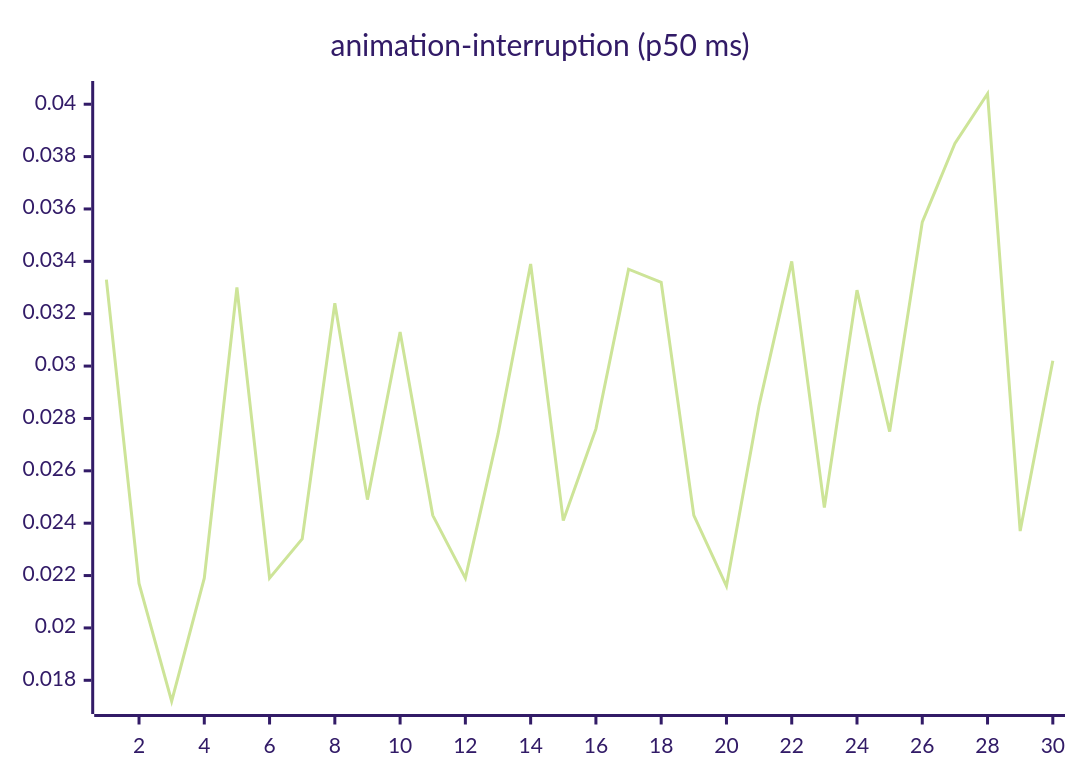
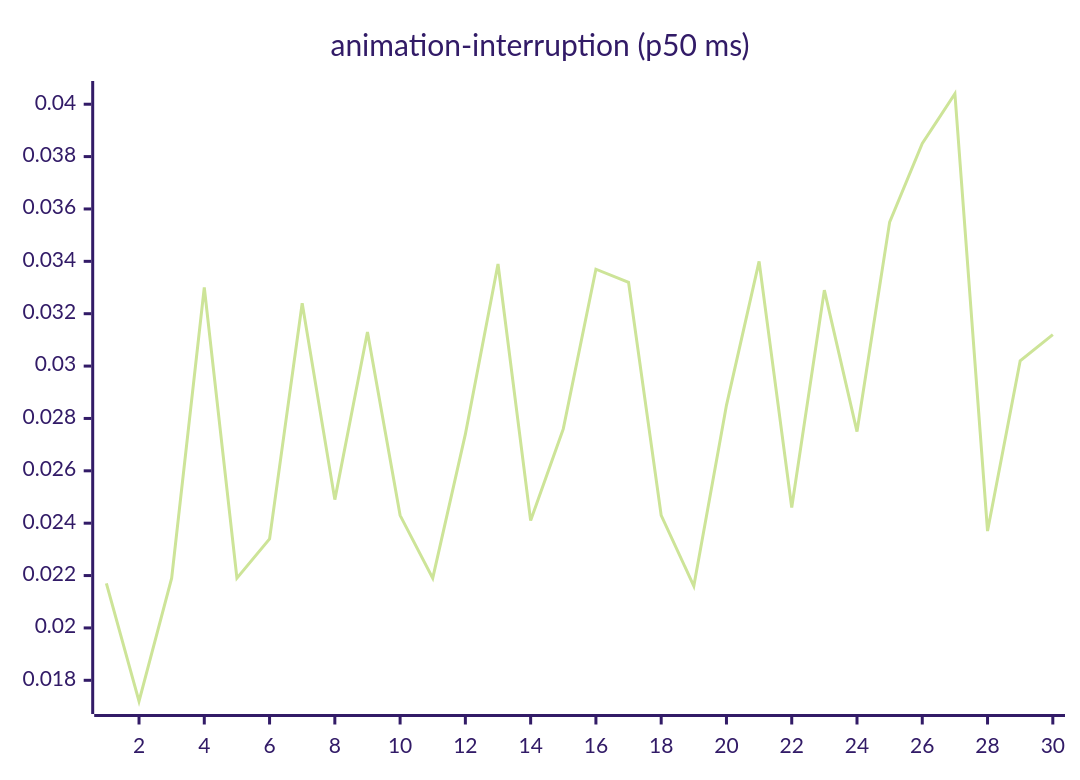
The third of 27 diagrams in README.md (josha/Facet), drawn with Mermaid (forest theme) before and after one commit. The commit also changed other lines of this file and 2 other files, not shown here.

````diff
--- a/README.md
+++ b/README.md
@@ -77,6 +77,6 @@
 ```mermaid
 xychart-beta
     title "animation-interruption (p50 ms)"
     x-axis 1 --> 30
-    line [0.0333, 0.0217, 0.0172, 0.0219, 0.0330, 0.0219, 0.0234, 0.0324, 0.0249, 0.0313, 0.0243, 0.0219, 0.0274, 0.0339, 0.0241, 0.0276, 0.0337, 0.0332, 0.0243, 0.0216, 0.0285, 0.0340, 0.0246, 0.0329, 0.0275, 0.0355, 0.0385, 0.0404, 0.0237, 0.0302]
+    line [0.0217, 0.0172, 0.0219, 0.0330, 0.0219, 0.0234, 0.0324, 0.0249, 0.0313, 0.0243, 0.0219, 0.0274, 0.0339, 0.0241, 0.0276, 0.0337, 0.0332, 0.0243, 0.0216, 0.0285, 0.0340, 0.0246, 0.0329, 0.0275, 0.0355, 0.0385, 0.0404, 0.0237, 0.0302, 0.0312]
 ```
````
